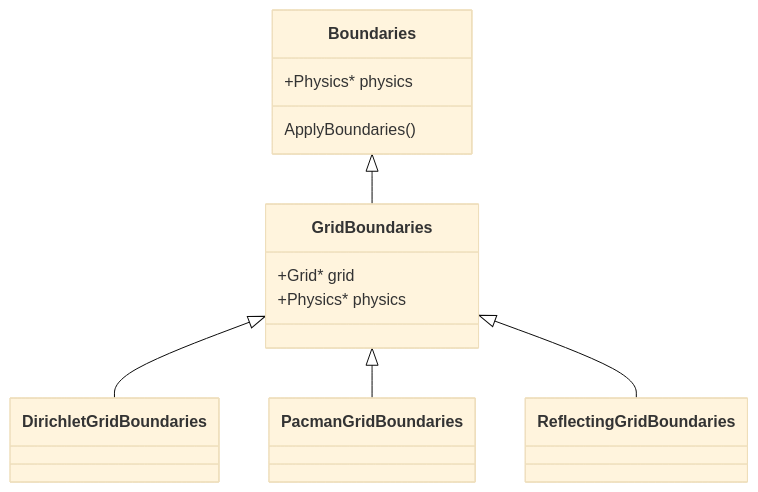
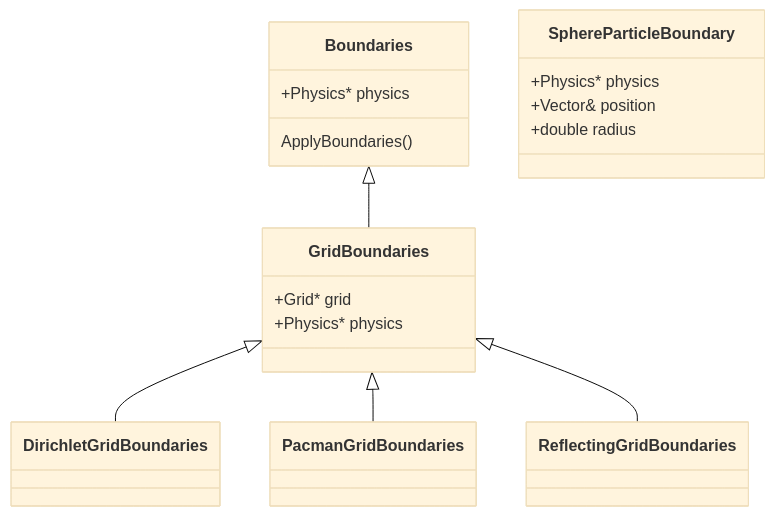
One commit to antimatterhorn/nidhoggr changed the diagram in src/Boundaries/Classes.md. Above: the diagram before and after it, drawn with Mermaid (base theme).

Commit message:
updated boundary class diagram

````diff
--- a/src/Boundaries/Classes.md
+++ b/src/Boundaries/Classes.md
@@ -1,15 +1,20 @@
 ```mermaid
 classDiagram
     Boundaries <|-- GridBoundaries
     GridBoundaries <|-- DirichletGridBoundaries
     GridBoundaries <|-- PacmanGridBoundaries
     GridBoundaries <|-- ReflectingGridBoundaries
     class Boundaries{
         +Physics* physics
         ApplyBoundaries()
     }
     class GridBoundaries{
         +Grid* grid
         +Physics* physics
     }
+    class SphereParticleBoundary {
+        +Physics<dim>* physics
+        +Vector<dim>& position
+        +double radius
+    }
 ```
````
